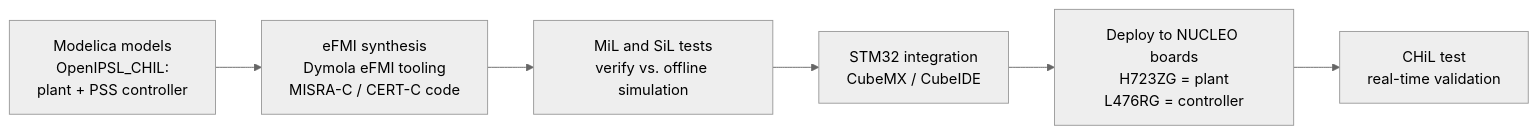
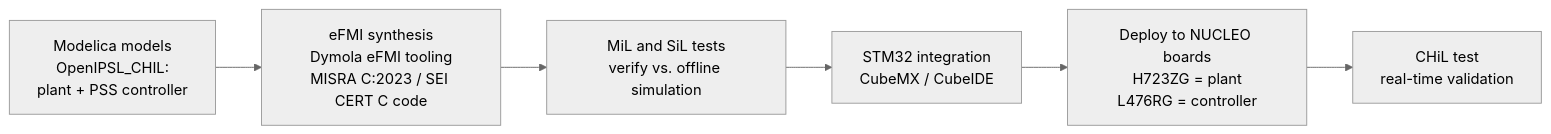
One commit to ALSETLab/efmi-pss-use-case changed the diagram in README.md. Above: the diagram before and after it, drawn with Mermaid (neutral theme). The commit also changed other lines of this file, not shown here.

````diff
--- a/README.md
+++ b/README.md
@@ -21,8 +23,8 @@
 ```mermaid
 flowchart LR
-  A["Modelica models<br/>OpenIPSL_CHIL:<br/>plant + PSS controller"] --> B["eFMI synthesis<br/>Dymola eFMI tooling<br/>MISRA-C / CERT-C code"]
+  A["Modelica models<br/>OpenIPSL_CHIL:<br/>plant + PSS controller"] --> B["eFMI synthesis<br/>Dymola eFMI tooling<br/>MISRA C:2023 / SEI CERT C code"]
   B --> C["MiL and SiL tests<br/>verify vs. offline simulation"]
   C --> D["STM32 integration<br/>CubeMX / CubeIDE"]
   D --> E["Deploy to NUCLEO boards<br/>H723ZG = plant<br/>L476RG = controller"]
   E --> F["CHiL test<br/>real-time validation"]
 ```
````
